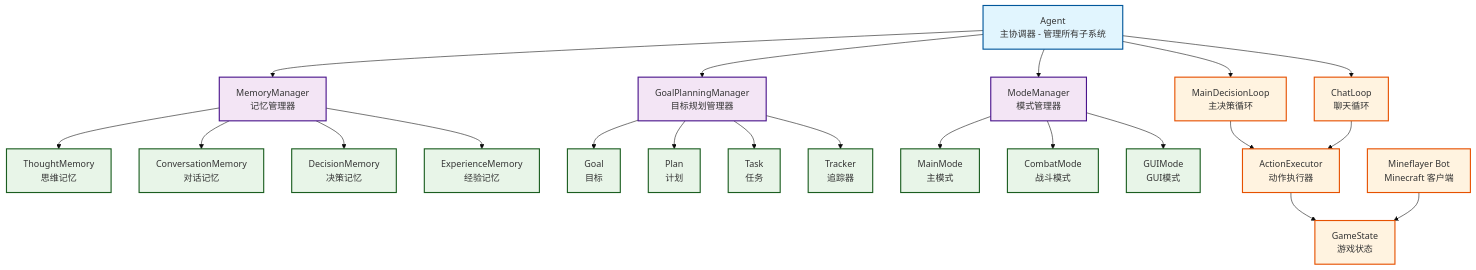
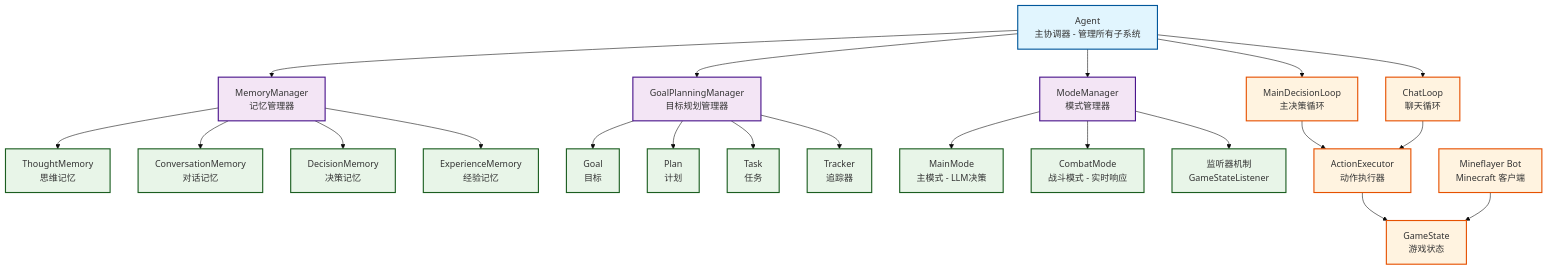
One commit to ChangingSelf/maicraft-next changed the diagram in README.md. Above: the diagram before and after it, drawn with Mermaid (base theme). The commit also changed other lines of this file and 18 other files, not shown here.

````diff
--- a/README.md
+++ b/README.md
@@ -153,39 +154,39 @@
 ```mermaid
 graph TD
     A[Agent<br/>主协调器 - 管理所有子系统] --> B[MemoryManager<br/>记忆管理器]
     A --> C[GoalPlanningManager<br/>目标规划管理器]
     A --> D[ModeManager<br/>模式管理器]
     A --> E[MainDecisionLoop<br/>主决策循环]
     A --> F[ChatLoop<br/>聊天循环]
 
     B --> B1[ThoughtMemory<br/>思维记忆]
     B --> B2[ConversationMemory<br/>对话记忆]
     B --> B3[DecisionMemory<br/>决策记忆]
     B --> B4[ExperienceMemory<br/>经验记忆]
 
     C --> C1[Goal<br/>目标]
     C --> C2[Plan<br/>计划]
     C --> C3[Task<br/>任务]
     C --> C4[Tracker<br/>追踪器]
 
-    D --> D1[MainMode<br/>主模式]
-    D --> D2[CombatMode<br/>战斗模式]
-    D --> D3[GUIMode<br/>GUI模式]
+    D --> D1[MainMode<br/>主模式 - LLM决策]
+    D --> D2[CombatMode<br/>战斗模式 - 实时响应]
+    D --> D3[监听器机制<br/>GameStateListener]
 
     E --> G[ActionExecutor<br/>动作执行器]
     F --> G
 
     G --> H[GameState<br/>游戏状态]
 
     I[Mineflayer Bot<br/>Minecraft 客户端] --> H
 
     classDef agentClass fill:#e1f5fe,stroke:#01579b,stroke-width:2px
     classDef systemClass fill:#f3e5f5,stroke:#4a148c,stroke-width:2px
     classDef componentClass fill:#e8f5e8,stroke:#1b5e20,stroke-width:2px
     classDef coreClass fill:#fff3e0,stroke:#e65100,stroke-width:2px
 
     class A agentClass
     class B,C,D systemClass
     class B1,B2,B3,B4,C1,C2,C3,C4,D1,D2,D3 componentClass
     class E,F,G,H,I coreClass
 ```
````
